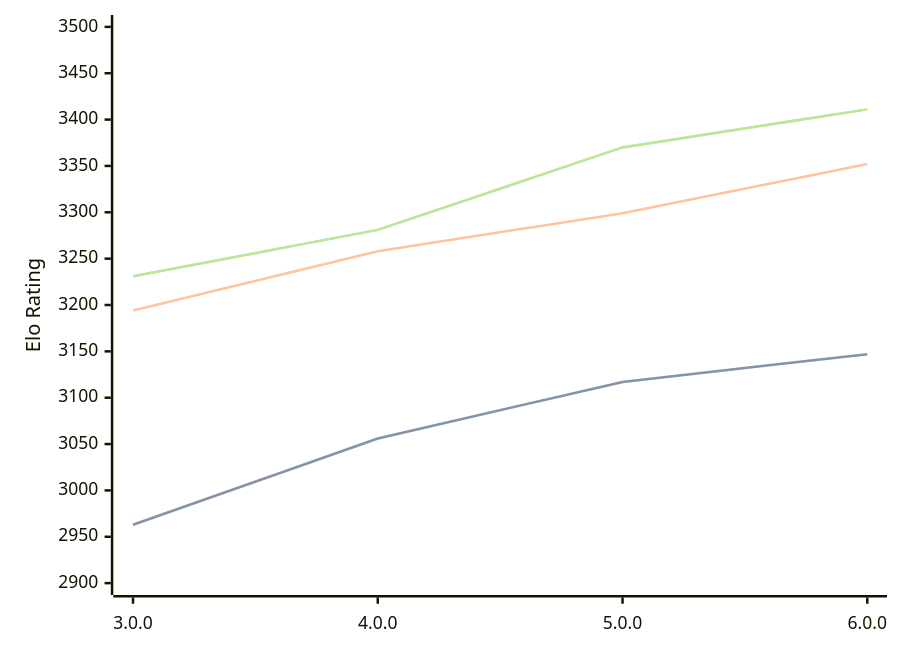
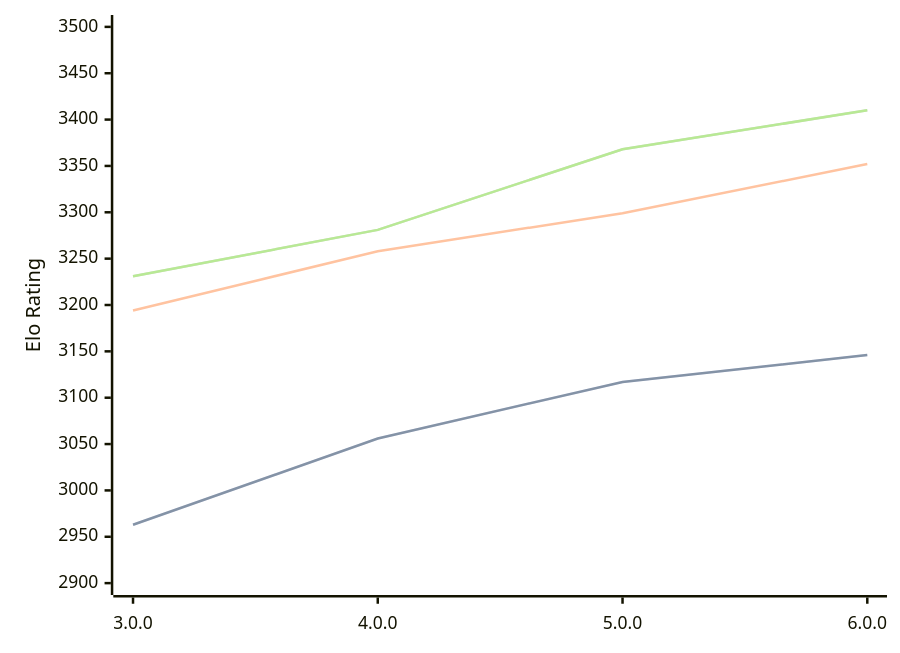
Before and after one commit to computer-chess-index/cci: the third of 3 diagrams in engines/Minke.md, drawn with Mermaid. The commit also changed other lines of this file, not shown here.

Commit message:
Update CCI Ratings (ELO VLTC) - 2026-06-20

````diff
--- a/engines/Minke.md
+++ b/engines/Minke.md
@@ -69,11 +69,11 @@
 ```mermaid
 %%{init: {"theme":"base","themeVariables":{"seriesColors:['#a3a3a3','#222221','#faa371']}}}%%
 xychart-beta
   x-axis ["3.0.0", "4.0.0", "5.0.0", "6.0.0"]
   y-axis "Elo Rating" 2900 --> 3500
-  line "STC (8.0+0.08s)" [2963, 3056, 3117, 3147]
-  line "STC (8.0+0.08s)" [2963, 3056, 3117, 3147]
+  line "STC (8.0+0.08s)" [2963, 3056, 3117, 3146]
+  line "STC (8.0+0.08s)" [2963, 3056, 3117, 3146]
   line "LTC (60.0+0.60s)" [3194, 3258, 3299, 3352]
-  line "VLTC (2m24s+1.12s)" [3231, 3281, 3370, 3411]
-  line "VLTC (2m24s+1.12s)" [3231, 3281, 3370, 3411]
+  line "VLTC (2m24s+1.12s)" [3231, 3281, 3368, 3410]
+  line "VLTC (2m24s+1.12s)" [3231, 3281, 3368, 3410]
 ```
````
